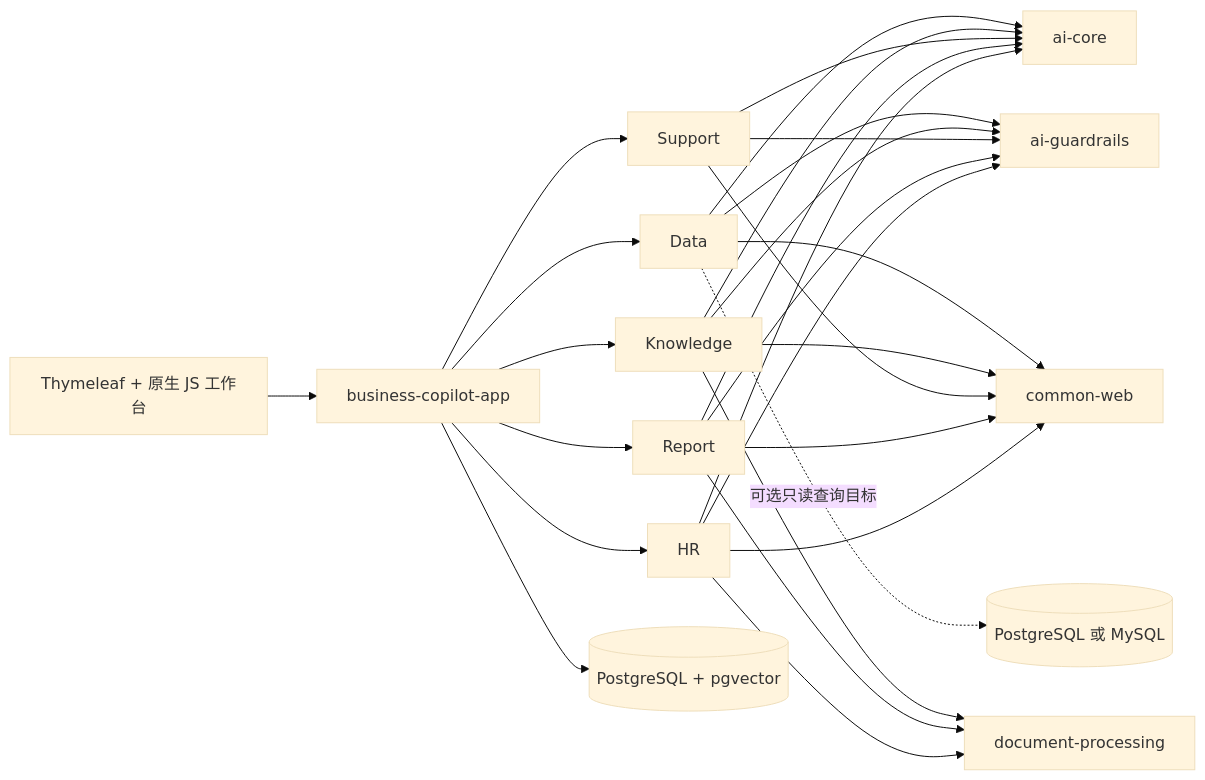
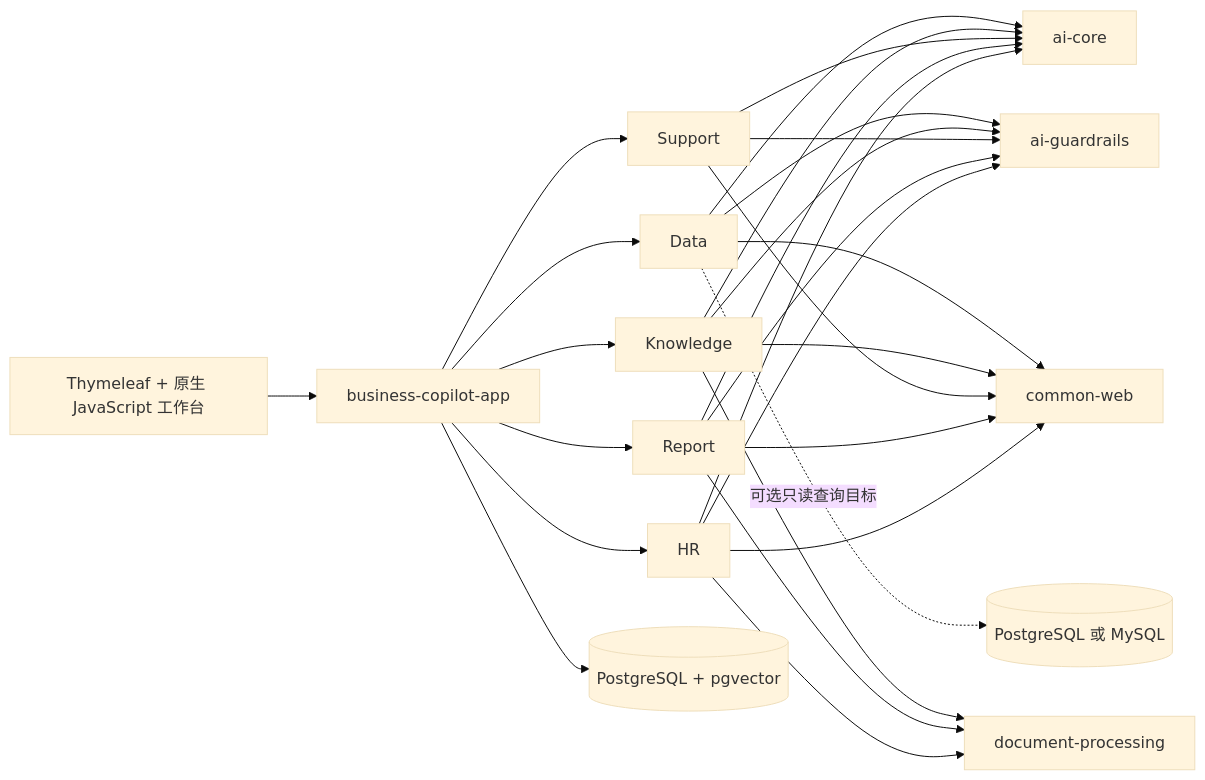
One commit to qcodingdev/spring-ai-business-copilot changed the diagram in README.zh-CN.md. Above: the diagram before and after it, drawn with Mermaid (base theme). The commit also changed other lines of this file and 1 other file, not shown here.

````diff
--- a/README.zh-CN.md
+++ b/README.zh-CN.md
@@ -128,11 +133,11 @@
 ```mermaid
 flowchart LR
-    UI["Thymeleaf + 原生 JS 工作台"] --> APP["business-copilot-app"]
+    UI["Thymeleaf + 原生 JavaScript 工作台"] --> APP["business-copilot-app"]
     APP --> DATA["Data"] & KNOW["Knowledge"] & SUPPORT["Support"] & REPORT["Report"] & HR["HR"]
     KNOW & REPORT & HR --> DOC["document-processing"]
     DATA & KNOW & SUPPORT & REPORT & HR --> AI["ai-core"]
     DATA & KNOW & SUPPORT & REPORT & HR --> GUARD["ai-guardrails"]
     DATA & KNOW & SUPPORT & REPORT & HR --> WEB["common-web"]
     APP --> DB[("PostgreSQL + pgvector")]
     DATA -. 可选只读查询目标 .-> BIZ[("PostgreSQL 或 MySQL")]
 ```
````
